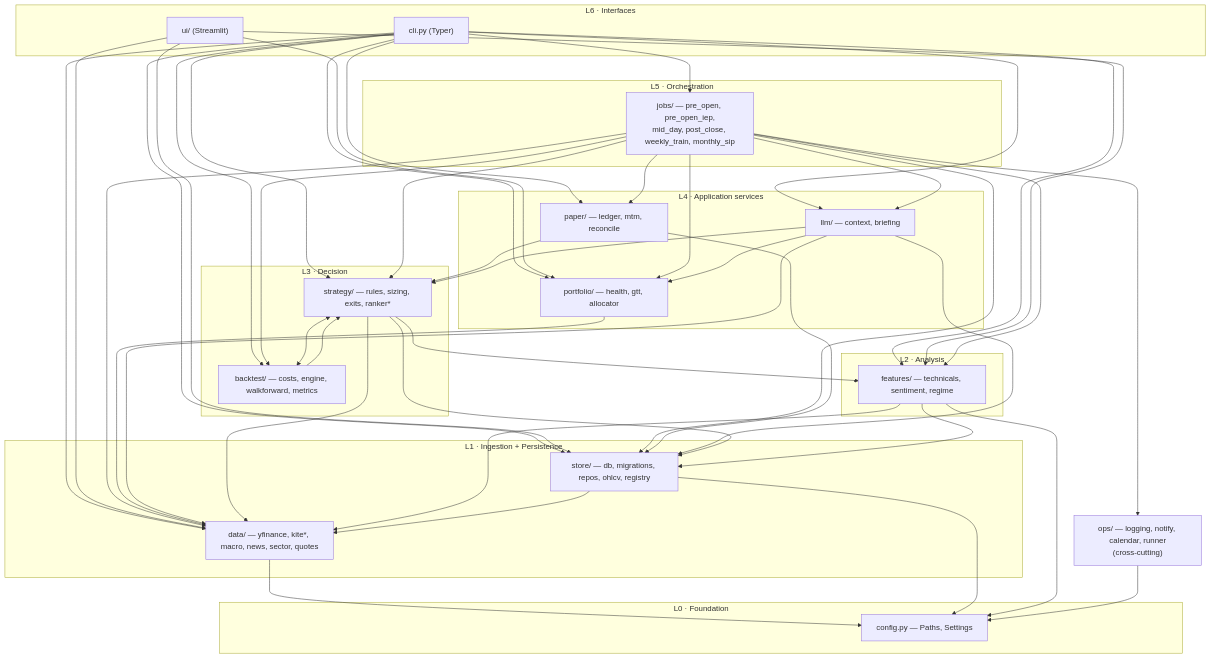
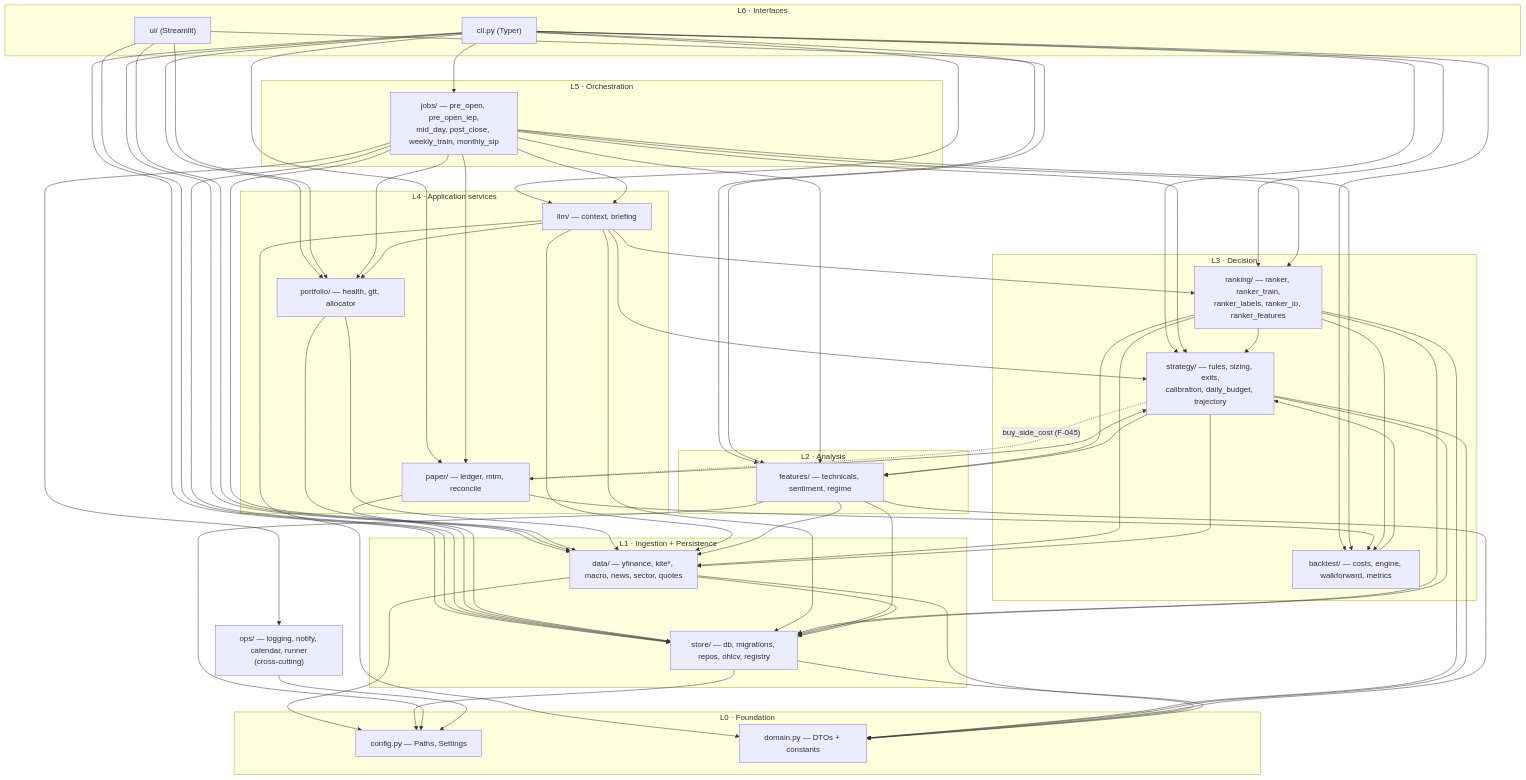
One commit to alladdinkumar/Trading changed the first of 2 diagrams in docs/architecture/01-architecture.md. Above: the diagram before and after it, drawn with Mermaid. The commit also changed other lines of this file and 45 other files, not shown here.

````diff
--- a/docs/architecture/01-architecture.md
+++ b/docs/architecture/01-architecture.md
@@ -15,45 +15,48 @@
 ```mermaid
 flowchart TD
     subgraph L6["L6 · Interfaces"]
         CLI["cli.py (Typer)"]
         UI["ui/ (Streamlit)"]
     end
     subgraph L5["L5 · Orchestration"]
         JOBS["jobs/ — pre_open, pre_open_iep,<br/>mid_day, post_close, weekly_train, monthly_sip"]
     end
     subgraph L4["L4 · Application services"]
         PORT["portfolio/ — health, gtt, allocator"]
         PAPER["paper/ — ledger, mtm, reconcile"]
         LLM["llm/ — context, briefing"]
     end
     subgraph L3["L3 · Decision"]
-        STRAT["strategy/ — rules, sizing, exits, ranker*"]
+        STRAT["strategy/ — rules, sizing, exits,<br/>calibration, daily_budget, trajectory"]
         BT["backtest/ — costs, engine, walkforward, metrics"]
+        RANK["ranking/ — ranker, ranker_train,<br/>ranker_labels, ranker_io, ranker_features"]
     end
     subgraph L2["L2 · Analysis"]
         FEAT["features/ — technicals, sentiment, regime"]
     end
     subgraph L1["L1 · Ingestion + Persistence"]
         DATA["data/ — yfinance, kite*, macro, news, sector, quotes"]
         STORE["store/ — db, migrations, repos, ohlcv, registry"]
     end
     subgraph L0["L0 · Foundation"]
         CFG["config.py — Paths, Settings"]
+        DOM["domain.py — DTOs + constants"]
     end
     XC["ops/ — logging, notify, calendar, runner<br/>(cross-cutting)"]
 
-    CLI --> JOBS & STRAT & BT & PORT & PAPER & LLM & DATA & STORE & FEAT
+    CLI --> JOBS & STRAT & BT & RANK & PORT & PAPER & LLM & DATA & STORE & FEAT
     UI --> DATA & STORE & FEAT & PORT
-    JOBS --> STRAT & BT & PORT & PAPER & LLM & FEAT & DATA & STORE & XC
-    PORT --> DATA
-    PAPER --> STORE & STRAT
-    LLM --> PORT & STRAT & STORE & DATA
-    STRAT <--> BT
-    STRAT --> FEAT & STORE & DATA
+    JOBS --> STRAT & BT & RANK & PORT & PAPER & LLM & FEAT & DATA & STORE & XC
+    PORT --> DATA & STORE
+    PAPER --> STORE & STRAT & BT
+    LLM --> PORT & STRAT & RANK & STORE & DATA & DOM
+    RANK --> BT & STRAT & FEAT & STORE & DATA & DOM
     BT --> STRAT
-    FEAT --> DATA & STORE
-    DATA --> CFG
-    STORE --> CFG & DATA
+    STRAT --> FEAT & STORE & DATA & DOM
+    STRAT -. "buy_side_cost (F-045)" .-> PAPER
+    FEAT --> DATA & STORE & DOM
+    DATA --> CFG & STORE & DOM
+    STORE --> CFG & DOM
     FEAT --> CFG
     XC --> CFG
 ```
````
